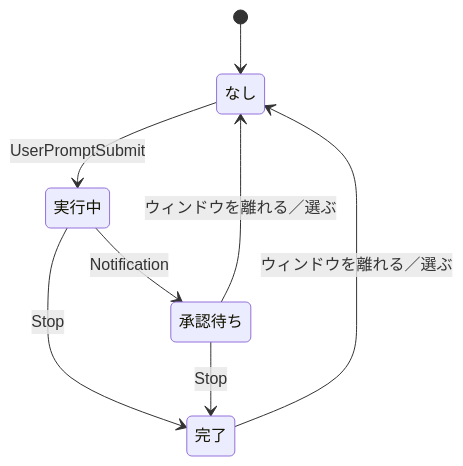
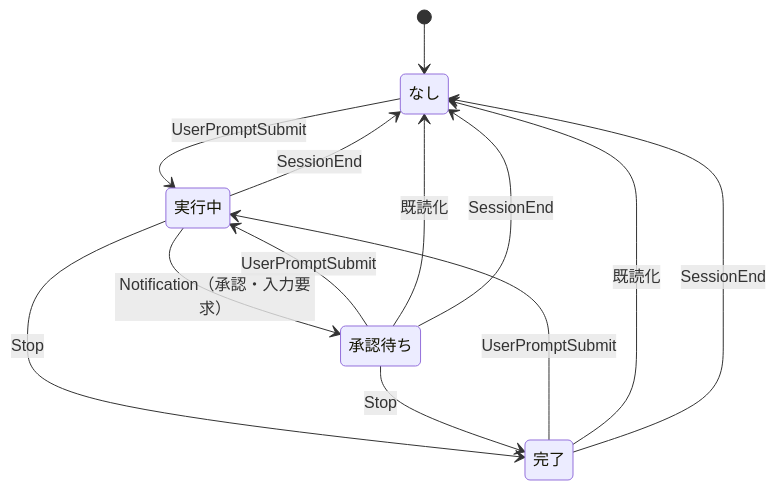
The diagram in docs/tmux-claude-status.md (roamer7038/dotfiles), drawn with Mermaid before and after one commit. The commit also changed other lines of this file and 4 other files, not shown here.

````diff
--- a/docs/tmux-claude-status.md
+++ b/docs/tmux-claude-status.md
@@ -33,15 +108,20 @@
 ```mermaid
 stateDiagram-v2
     state "なし" as none
     state "実行中" as running
     state "承認待ち" as waiting
     state "完了" as done
 
     [*] --> none
     none --> running: UserPromptSubmit
-    running --> waiting: Notification
+    done --> running: UserPromptSubmit
+    waiting --> running: UserPromptSubmit
+    running --> waiting: Notification（承認・入力要求）
     running --> done: Stop
     waiting --> done: Stop
-    waiting --> none: ウィンドウを離れる／選ぶ
-    done --> none: ウィンドウを離れる／選ぶ
+    waiting --> none: 既読化
+    done --> none: 既読化
+    running --> none: SessionEnd
+    waiting --> none: SessionEnd
+    done --> none: SessionEnd
 ```
````
